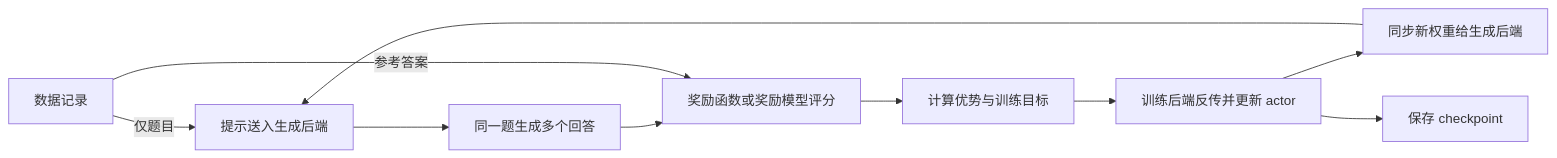
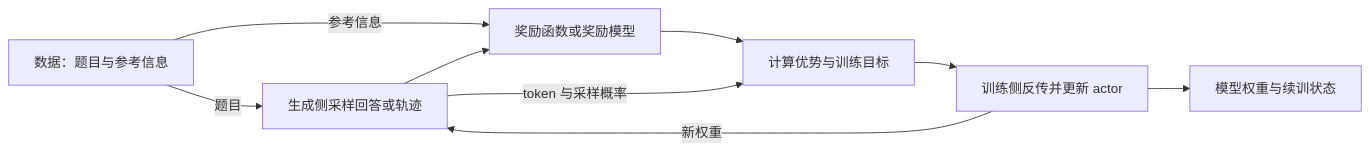
The diagram in docs/research/2026-10-16-post-training-rl-frameworks.md (Seagull-W/seagull-llm), drawn with Mermaid before and after one commit. The commit also changed other lines of this file and 4 other files, not shown here.

````diff
--- a/docs/research/2026-10-16-post-training-rl-frameworks.md
+++ b/docs/research/2026-10-16-post-training-rl-frameworks.md
@@ -27,12 +24,11 @@
 ```mermaid
 flowchart LR
-    D["数据记录"] -->|仅题目| P["提示送入生成后端"]
-    P --> R["同一题生成多个回答"]
-    R --> S["奖励函数或奖励模型评分"]
-    D -->|参考答案| S
-    S --> L["计算优势与训练目标"]
-    L --> T["训练后端反传并更新 actor"]
-    T --> W["同步新权重给生成后端"]
-    W --> P
-    T --> C["保存 checkpoint"]
+    D["数据：题目与参考信息"] -->|题目| G["生成侧采样回答或轨迹"]
+    D -->|参考信息| R["奖励函数或奖励模型"]
+    G --> R
+    R --> A["计算优势与训练目标"]
+    G -->|token 与采样概率| A
+    A --> U["训练侧反传并更新 actor"]
+    U -->|新权重| G
+    U --> C["模型权重与续训状态"]
 ```
````
